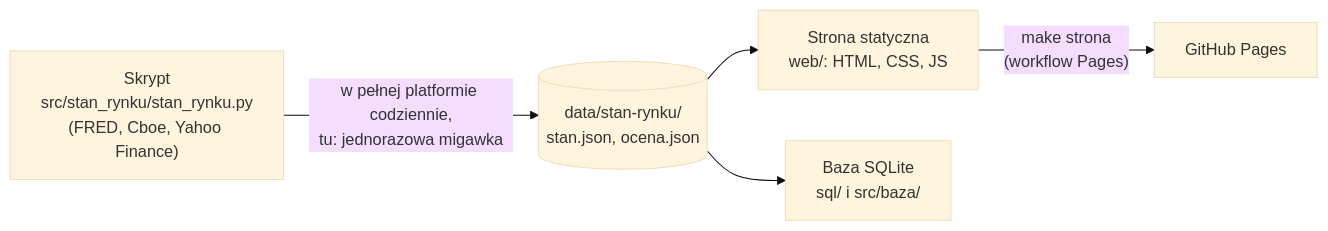
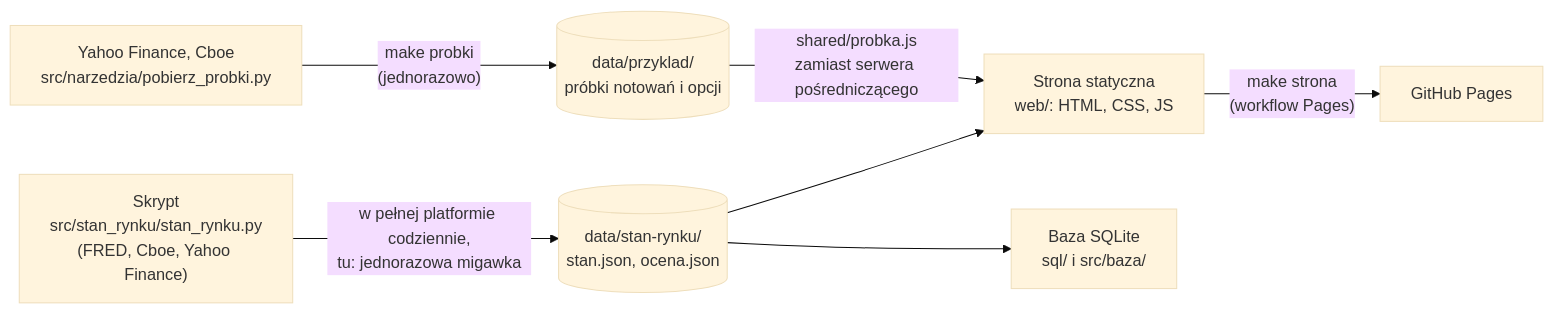
One commit to kobimpw/platforma_inwestycyjna changed the diagram in docs/PRZEWODNIK.md. Above: the diagram before and after it, drawn with Mermaid (base theme). The commit also changed other lines of this file and 47 other files, not shown here.

First line of the commit message:
Dodaj karty Pozycja i VaR na zapisanej próbce notowań i opcji

````diff
--- a/docs/PRZEWODNIK.md
+++ b/docs/PRZEWODNIK.md
@@ -28,7 +32,9 @@
 ```mermaid
 flowchart LR
     S["Skrypt<br/>src/stan_rynku/stan_rynku.py<br/>(FRED, Cboe, Yahoo Finance)"] -->|"w pełnej platformie codziennie,<br/>tu: jednorazowa migawka"| D[("data/stan-rynku/<br/>stan.json, ocena.json")]
     D --> B["Strona statyczna<br/>web/: HTML, CSS, JS"]
     D --> Q["Baza SQLite<br/>sql/ i src/baza/"]
+    Y["Yahoo Finance, Cboe<br/>src/narzedzia/pobierz_probki.py"] -->|"make probki<br/>(jednorazowo)"| R[("data/przyklad/<br/>próbki notowań i opcji")]
+    R -->|"shared/probka.js<br/>zamiast serwera pośredniczącego"| B
     B -->|"make strona<br/>(workflow Pages)"| P["GitHub Pages"]
 ```
````
